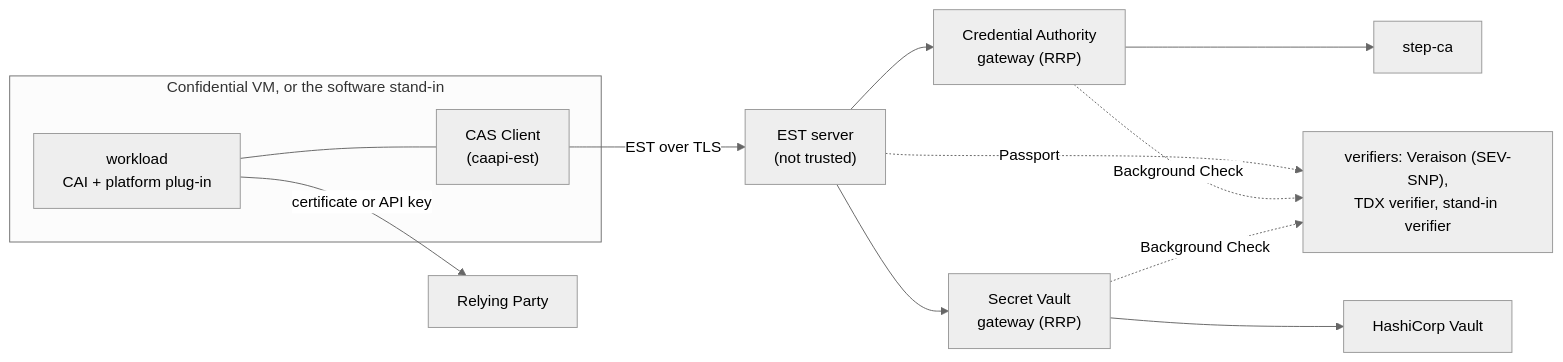
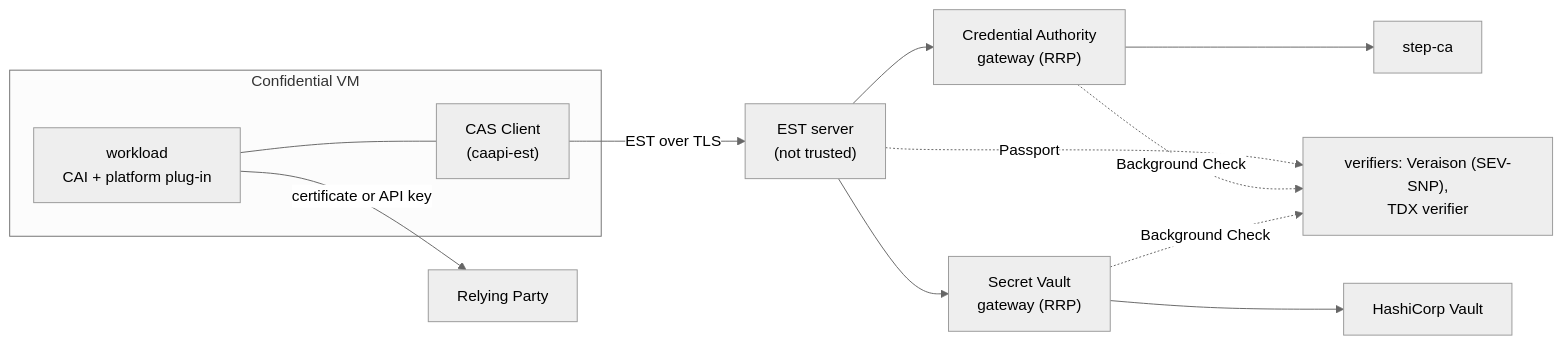
Before and after one commit to TWI-Unified-Model/attestation-bench: the diagram in README.md, drawn with Mermaid (neutral theme). The commit also changed other lines of this file and 11 other files, not shown here.

````diff
--- a/README.md
+++ b/README.md
@@ -70,13 +58,13 @@
 ```mermaid
 flowchart LR
-  subgraph G["Confidential VM, or the software stand-in"]
+  subgraph G["Confidential VM"]
     W["workload<br/>CAI + platform plug-in"] --- C["CAS Client<br/>(caapi-est)"]
   end
   C -- "EST over TLS" --> E["EST server<br/>(not trusted)"]
   E --> CA["Credential Authority<br/>gateway (RRP)"] --> S["step-ca"]
   E --> V["Secret Vault<br/>gateway (RRP)"] --> H["HashiCorp Vault"]
-  E -. "Passport" .-> X["verifiers: Veraison (SEV-SNP),<br/>TDX verifier, stand-in verifier"]
+  E -. "Passport" .-> X["verifiers: Veraison (SEV-SNP),<br/>TDX verifier"]
   CA -. "Background Check" .-> X
   V -. "Background Check" .-> X
   W -- "certificate or API key" --> R["Relying Party"]
 ```
````
